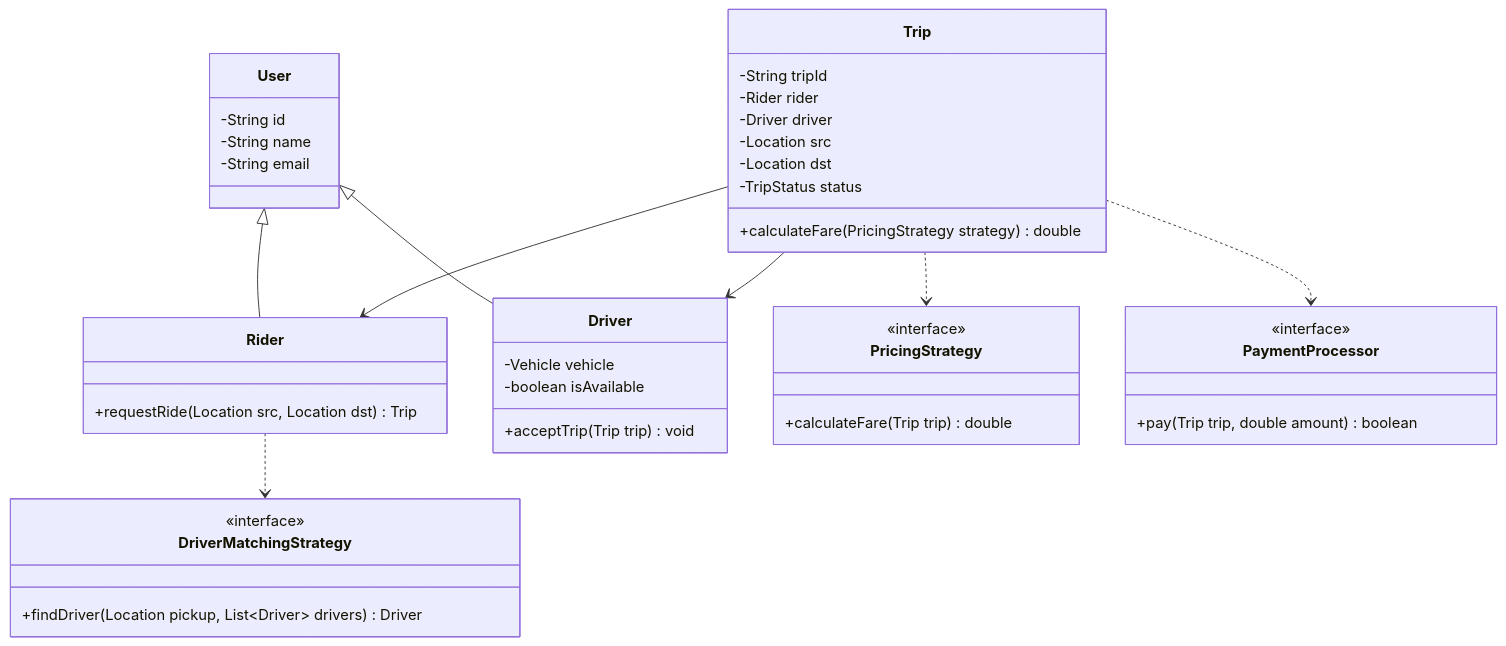
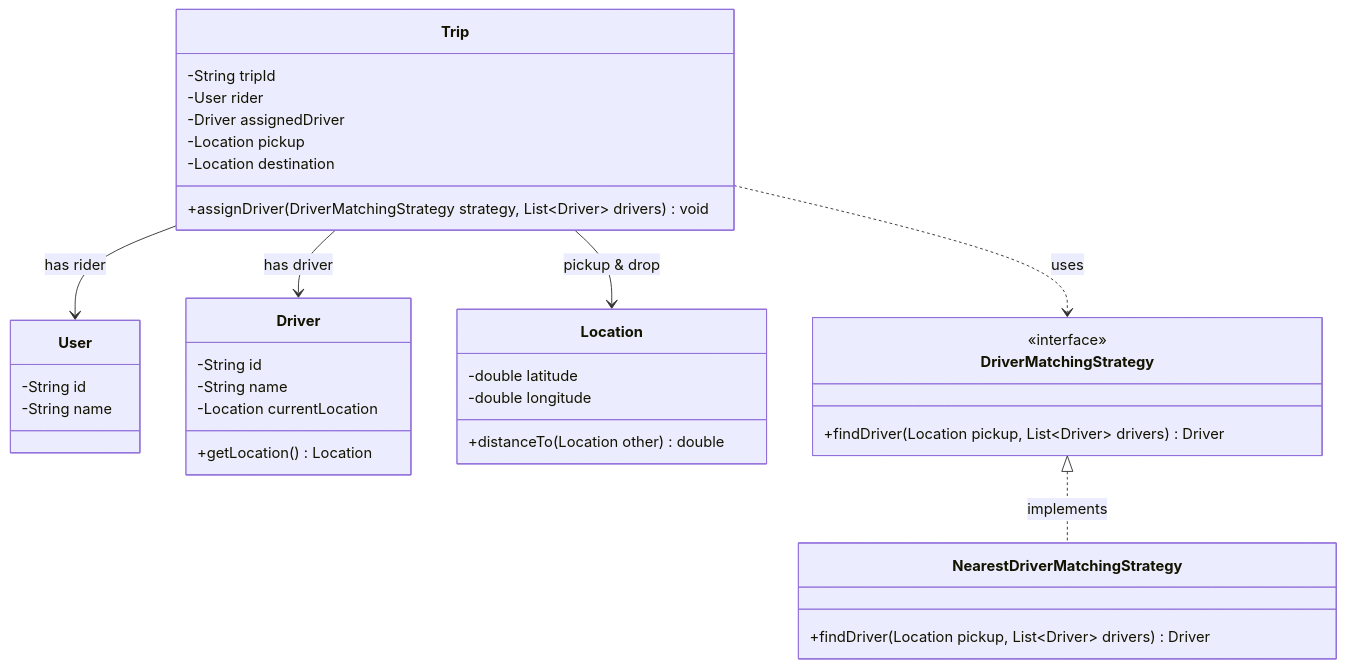
The diagram in 04-OOPs-and-Design-Patterns/01-Core-OOPs-and-UML/01-Introduction-To-System-Design.md (rohithgowda18/Notes), drawn with Mermaid before and after one commit. The commit also changed other lines of this file and 17 other files, not shown here.

````diff
--- a/04-OOPs-and-Design-Patterns/01-Core-OOPs-and-UML/01-Introduction-To-System-Design.md
+++ b/04-OOPs-and-Design-Patterns/01-Core-OOPs-and-UML/01-Introduction-To-System-Design.md
@@ -52,45 +69,39 @@
 ```mermaid
 classDiagram
     class User {
         -String id
         -String name
-        -String email
-    }
-    class Rider {
-        +requestRide(Location src, Location dst) Trip
     }
     class Driver {
-        -Vehicle vehicle
-        -boolean isAvailable
-        +acceptTrip(Trip trip) void
+        -String id
+        -String name
+        -Location currentLocation
+        +getLocation() Location
+    }
+    class Location {
+        -double latitude
+        -double longitude
+        +distanceTo(Location other) double
     }
     class Trip {
         -String tripId
-        -Rider rider
-        -Driver driver
-        -Location src
-        -Location dst
-        -TripStatus status
-        +calculateFare(PricingStrategy strategy) double
+        -User rider
+        -Driver assignedDriver
+        -Location pickup
+        -Location destination
+        +assignDriver(DriverMatchingStrategy strategy, List~Driver~ drivers) void
     }
     class DriverMatchingStrategy {
         <<interface>>
         +findDriver(Location pickup, List~Driver~ drivers) Driver
     }
-    class PricingStrategy {
-        <<interface>>
-        +calculateFare(Trip trip) double
-    }
-    class PaymentProcessor {
-        <<interface>>
-        +pay(Trip trip, double amount) boolean
+    class NearestDriverMatchingStrategy {
+        +findDriver(Location pickup, List~Driver~ drivers) Driver
     }
 
-    User <|-- Rider
-    User <|-- Driver
-    Trip --> Rider
-    Trip --> Driver
-    Trip ..> PricingStrategy
-    Rider ..> DriverMatchingStrategy
-    Trip ..> PaymentProcessor
+    Trip --> User : has rider
+    Trip --> Driver : has driver
+    Trip --> Location : pickup & drop
+    Trip ..> DriverMatchingStrategy : uses
+    DriverMatchingStrategy <|.. NearestDriverMatchingStrategy : implements
 ```
````
